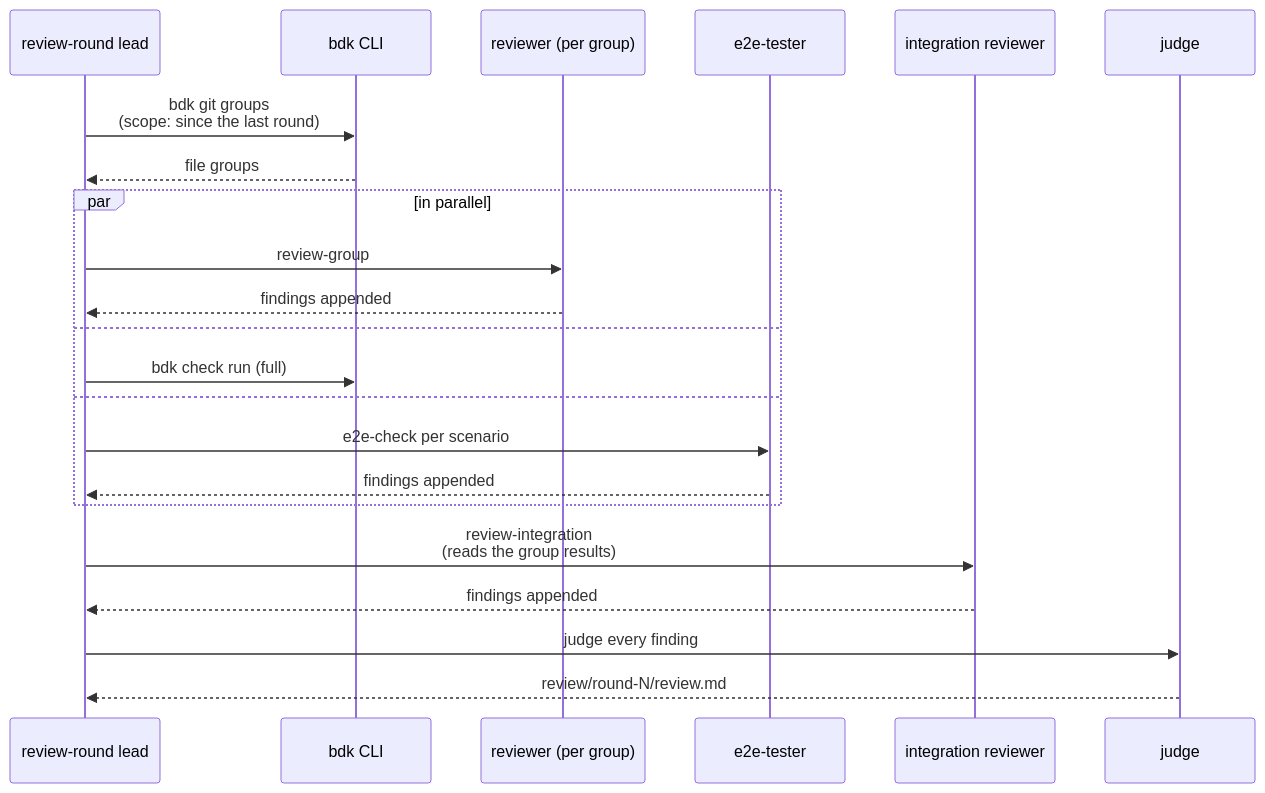
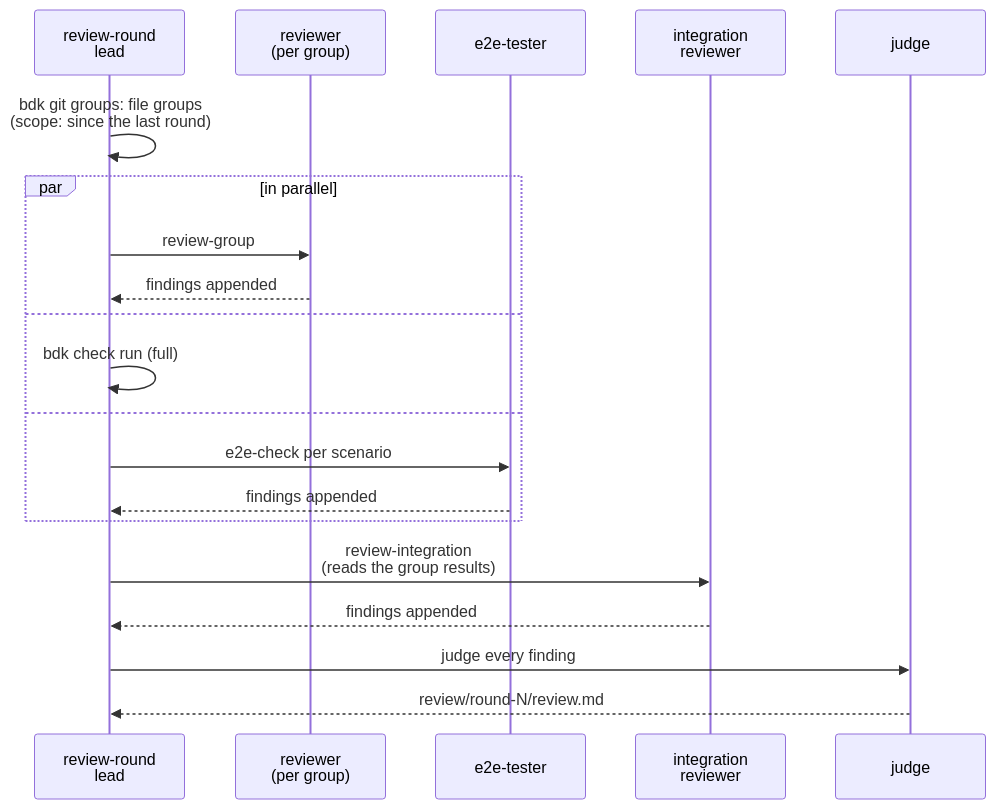
One commit to broneq/bdk changed the tenth of 12 diagrams in docs/design/2026-10-07-v3-architecture.md. Above: the diagram before and after it, drawn with Mermaid. The commit also changed other lines of this file and 20 other files, not shown here.

First line of the commit message:
fix(docs): fit every diagram into the content column

````diff
--- a/docs/design/2026-10-07-v3-architecture.md
+++ b/docs/design/2026-10-07-v3-architecture.md
@@ -395,24 +401,22 @@
 ```mermaid
 sequenceDiagram
-  participant L as review-round lead
-  participant C as bdk CLI
-  participant R as reviewer (per group)
+  participant L as review-round<br/>lead
+  participant R as reviewer<br/>(per group)
   participant E as e2e-tester
-  participant I as integration reviewer
+  participant I as integration<br/>reviewer
   participant J as judge
-  L->>C: bdk git groups<br/>(scope: since the last round)
-  C-->>L: file groups
+  L->>L: bdk git groups: file groups<br/>(scope: since the last round)
   par in parallel
     L->>R: review-group
     R-->>L: findings appended
   and
-    L->>C: bdk check run (full)
+    L->>L: bdk check run (full)
   and
     L->>E: e2e-check per scenario
     E-->>L: findings appended
   end
   L->>I: review-integration<br/>(reads the group results)
   I-->>L: findings appended
   L->>J: judge every finding
   J-->>L: review/round-N/review.md
 ```
````
